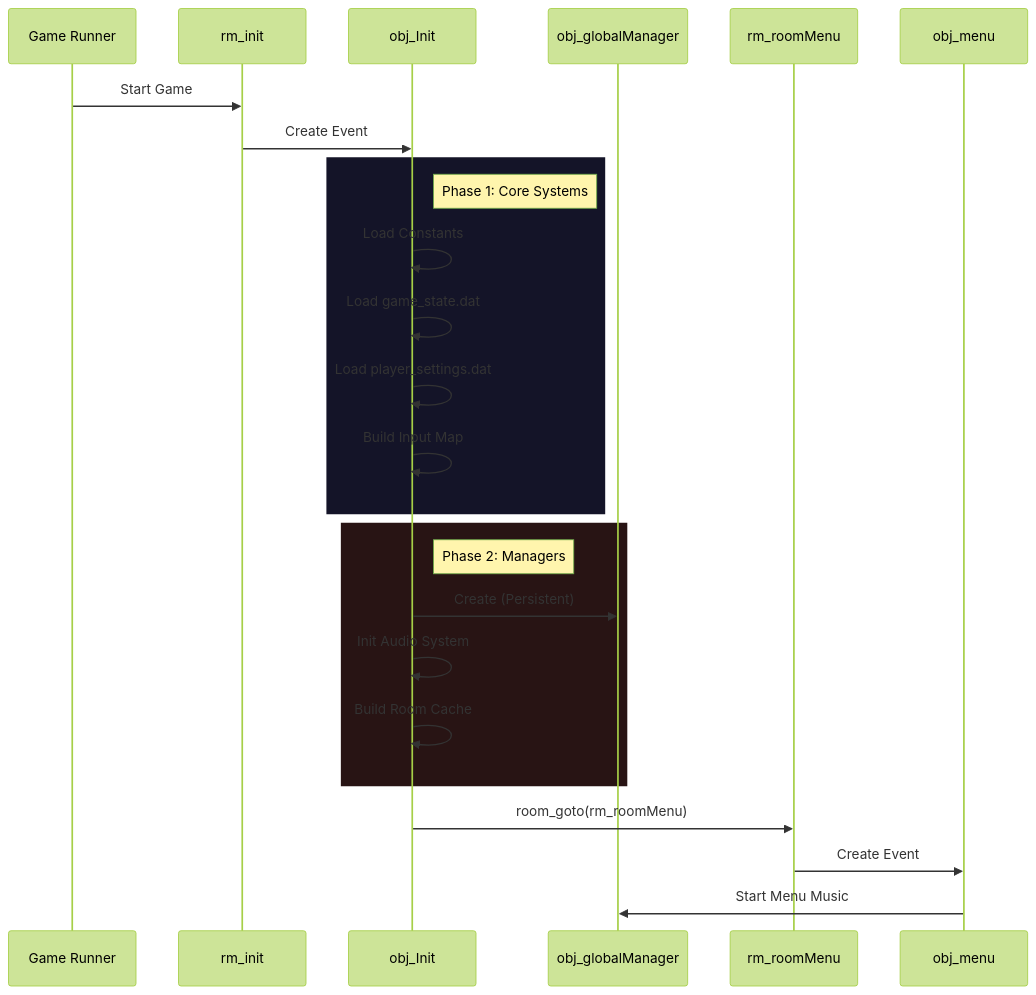
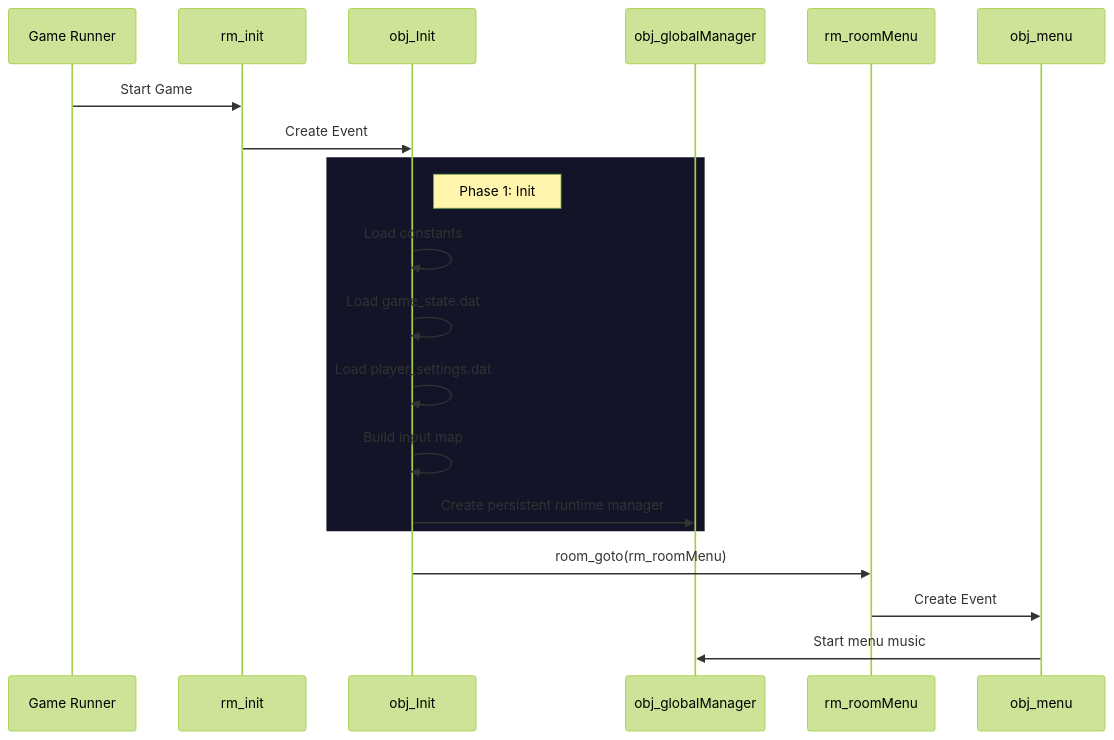
Before and after one commit to nos0uls/Undefined-documentation: the diagram in docs/architecture/initialization.md, drawn with Mermaid (forest theme). The commit also changed other lines of this file and 18 other files, not shown here.

````diff
--- a/docs/architecture/initialization.md
+++ b/docs/architecture/initialization.md
@@ -11,31 +11,25 @@
 ```mermaid
 sequenceDiagram
     participant Runner as Game Runner
     participant R_Init as rm_init
     participant O_Init as obj_Init
     participant O_Global as obj_globalManager
     participant R_Menu as rm_roomMenu
     participant O_Menu as obj_menu
 
     Runner->>R_Init: Start Game
     R_Init->>O_Init: Create Event
-    
+
     rect rgb(20, 20, 40)
-        note right of O_Init: Phase 1: Core Systems
-        O_Init->>O_Init: Load Constants
+        note right of O_Init: Phase 1: Init
+        O_Init->>O_Init: Load constants
         O_Init->>O_Init: Load game_state.dat
         O_Init->>O_Init: Load player_settings.dat
-        O_Init->>O_Init: Build Input Map
-    end
-
-    rect rgb(40, 20, 20)
-        note right of O_Init: Phase 2: Managers
-        O_Init->>O_Global: Create (Persistent)
-        O_Init->>O_Init: Init Audio System
-        O_Init->>O_Init: Build Room Cache
+        O_Init->>O_Init: Build input map
+        O_Init->>O_Global: Create persistent runtime manager
     end
 
     O_Init->>R_Menu: room_goto(rm_roomMenu)
     R_Menu->>O_Menu: Create Event
-    O_Menu->>O_Global: Start Menu Music
+    O_Menu->>O_Global: Start menu music
 ```
````
